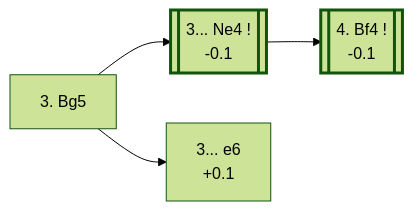
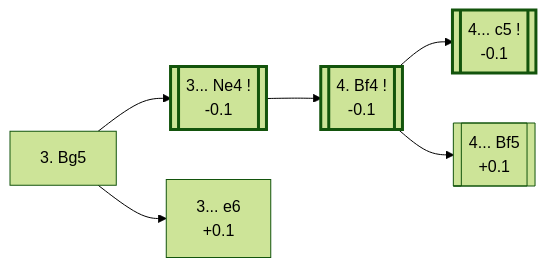
One commit to onclemarcel/chess_flashcards changed the diagram in d4_openings/D03_Torre_Attack.md. Above: the diagram before and after it, drawn with Mermaid (forest theme). The commit also changed other lines of this file and 9 other files, not shown here.

````diff
--- a/d4_openings/D03_Torre_Attack.md
+++ b/d4_openings/D03_Torre_Attack.md
@@ -12,15 +12,20 @@
 ```mermaid
 flowchart LR
     classDef main stroke-width:3px;
 
     Bg5["3. Bg5"]
     click Bg5 "#_initial_move_" "D03 · Queen's Pawn Game: Torre Attack"
 
     Bg5 --> Ne4[["3... Ne4 !<br/>-0.1"]]:::main
     click Ne4 "#_Ne4_" "D03 · Queen's Pawn Game: Torre Attack"
     Bg5 --> e6["3... e6<br/>+0.1"]
     click e6 "#_e6_" "D03 · Queen's Pawn Game: Torre Attack"
 
     Ne4 --> Bf4[["4. Bf4 !<br/>-0.1"]]:::main
     click Bf4 "#_Bf4_" "D03 · Queen's Pawn Game: Torre Attack, Gossip Variation"
+
+    Bf4 --> c5t[["4... c5 !<br/>-0.1"]]:::main
+    click c5t "#_c5t_" "D03 · Queen's Pawn Game: Torre Attack, Gossip Variation"
+    Bf4 --> Bf5t[["4... Bf5<br/>+0.1"]]
+    click Bf5t "#_Bf5t_" "D03 · Queen's Pawn Game: Torre Attack, Gossip Variation"
 ```
````
